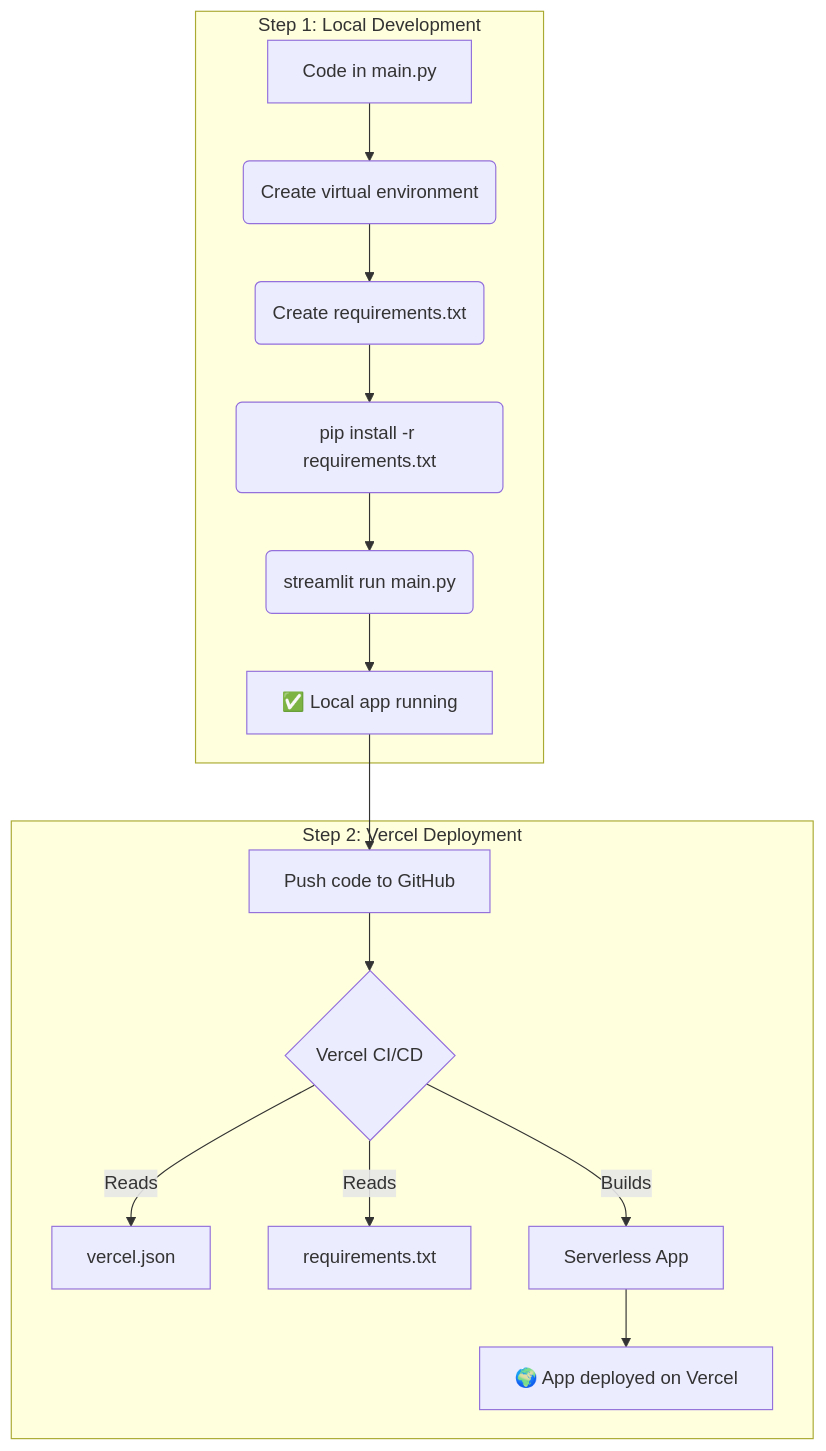
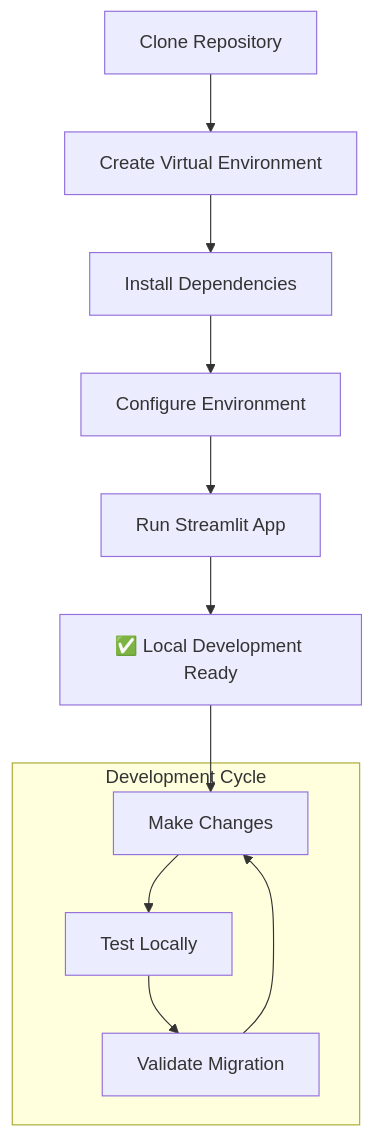
Before and after one commit to Erwin-Labs/EF1-EF2-Migration-Chatbot: the first of 2 diagrams in README.md, drawn with Mermaid. The commit also changed other lines of this file, not shown here.

````diff
--- a/README.md
+++ b/README.md
@@ -76,20 +70,16 @@
 ```mermaid
 graph TD
-    subgraph "Step 1: Local Development"
-        A[Code in main.py] --> B(Create virtual environment)
-        B --> C(Create requirements.txt)
-        C --> D(pip install -r requirements.txt)
-        D --> E(streamlit run main.py)
-        E --> F[✅ Local app running]
+    A[Clone Repository] --> B[Create Virtual Environment]
+    B --> C[Install Dependencies]
+    C --> D[Configure Environment]
+    D --> E[Run Streamlit App]
+    E --> F[✅ Local Development Ready]
+    
+    subgraph "Development Cycle"
+        G[Make Changes] --> H[Test Locally]
+        H --> I[Validate Migration]
+        I --> G
     end
-
-    subgraph "Step 2: Vercel Deployment"
-        G[Push code to GitHub] --> H{Vercel CI/CD}
-        H -- Reads --> I[vercel.json]
-        H -- Reads --> J[requirements.txt]
-        H -- Builds --> K[Serverless App]
-        K --> L[🌍 App deployed on Vercel]
-    end
-
-    F --> G;
+    
+    F --> G
 ```
````
